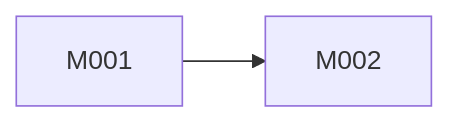
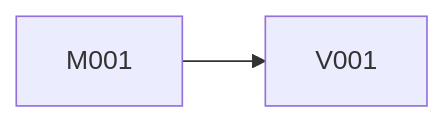
One commit to XjVoilin/JulyAIWorkflow changed the diagram in plugins/july-ai-workflow/skills/july-game-pipeline/references/index-template.md. Above: the diagram before and after it, drawn with Mermaid. The commit also changed other lines of this file and 13 other files, not shown here.

````diff
--- a/plugins/july-ai-workflow/skills/july-game-pipeline/references/index-template.md
+++ b/plugins/july-ai-workflow/skills/july-game-pipeline/references/index-template.md
@@ -75,4 +123,4 @@
 ```mermaid
 graph LR
-    M001 --> M002
+    M001 --> V001
 ```
````
